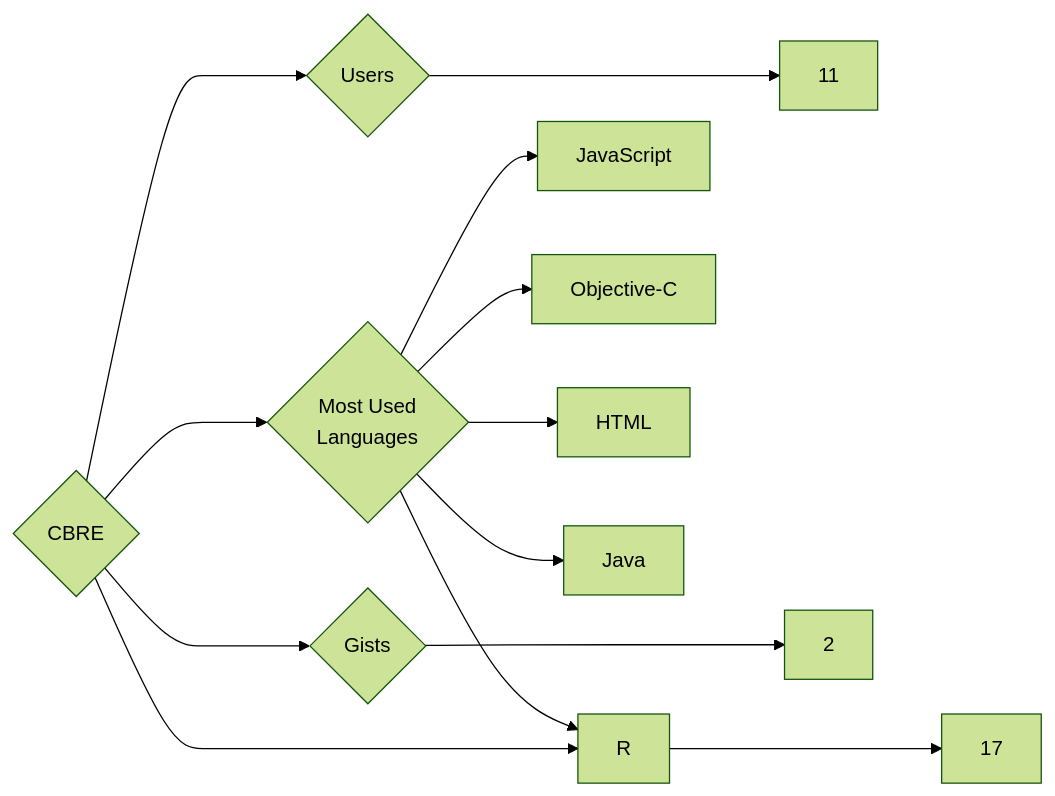
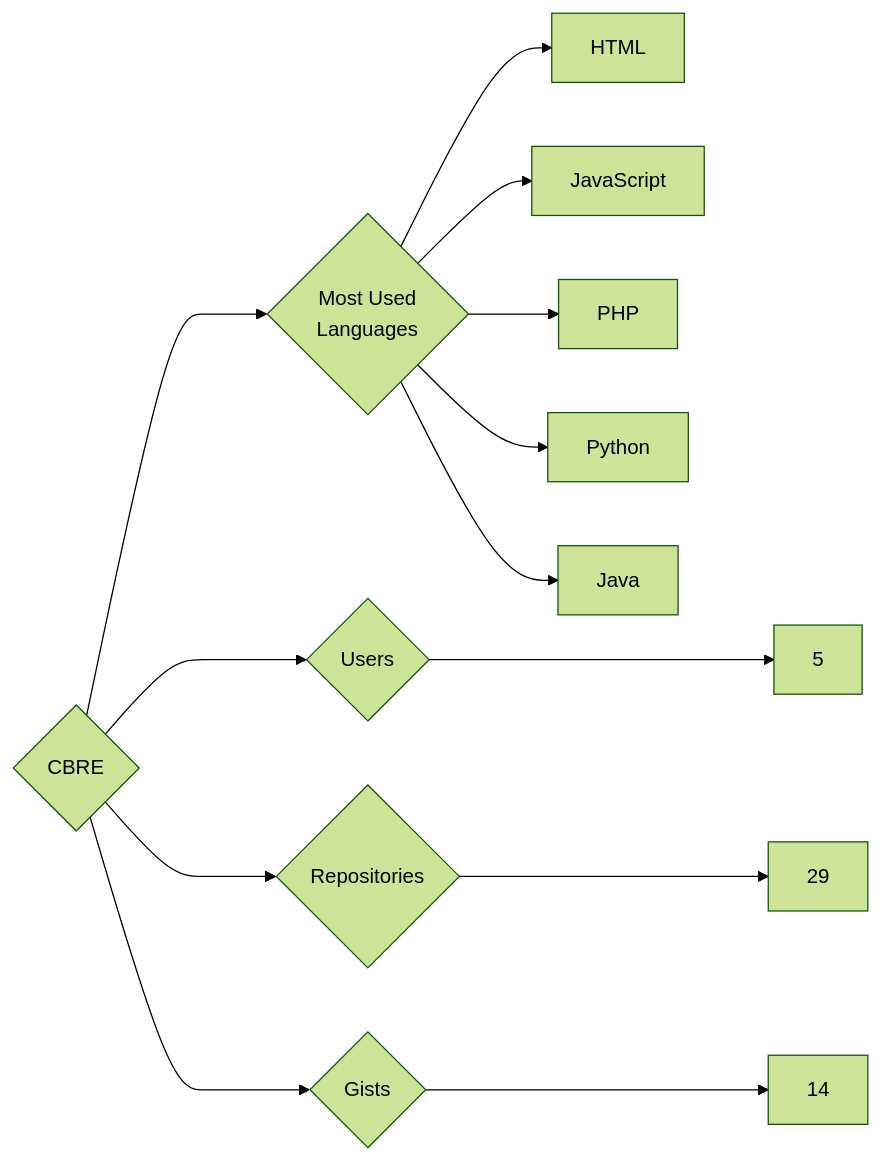
Before and after one commit to trickest/insiders: the diagram in targets/CBRE/README.md, drawn with Mermaid (forest theme). The commit also changed 1314 other files, not shown here.

````diff
--- a/targets/CBRE/README.md
+++ b/targets/CBRE/README.md
@@ -3,13 +3,13 @@
 ```mermaid
 graph LR
 COMPANY_NAME{CBRE}
-COMPANY_NAME ---> U{Users} ---> UN[11]
-COMPANY_NAME ---> R{Repositories} ---> RN[17]
-COMPANY_NAME ---> G{Gists} ---> GN[2]
+COMPANY_NAME ---> U{Users} ---> UN[5]
+COMPANY_NAME ---> R{Repositories} ---> RN[29]
+COMPANY_NAME ---> G{Gists} ---> GN[14]
 COMPANY_NAME ---> ML{Most Used<br>Languages}
+ML --> HTML[HTML]
 ML --> JavaScript[JavaScript]
-ML --> Objective-C[Objective-C]
-ML --> R[R]
-ML --> HTML[HTML]
+ML --> PHP[PHP]
+ML --> Python[Python]
 ML --> Java[Java]
 ```
````
